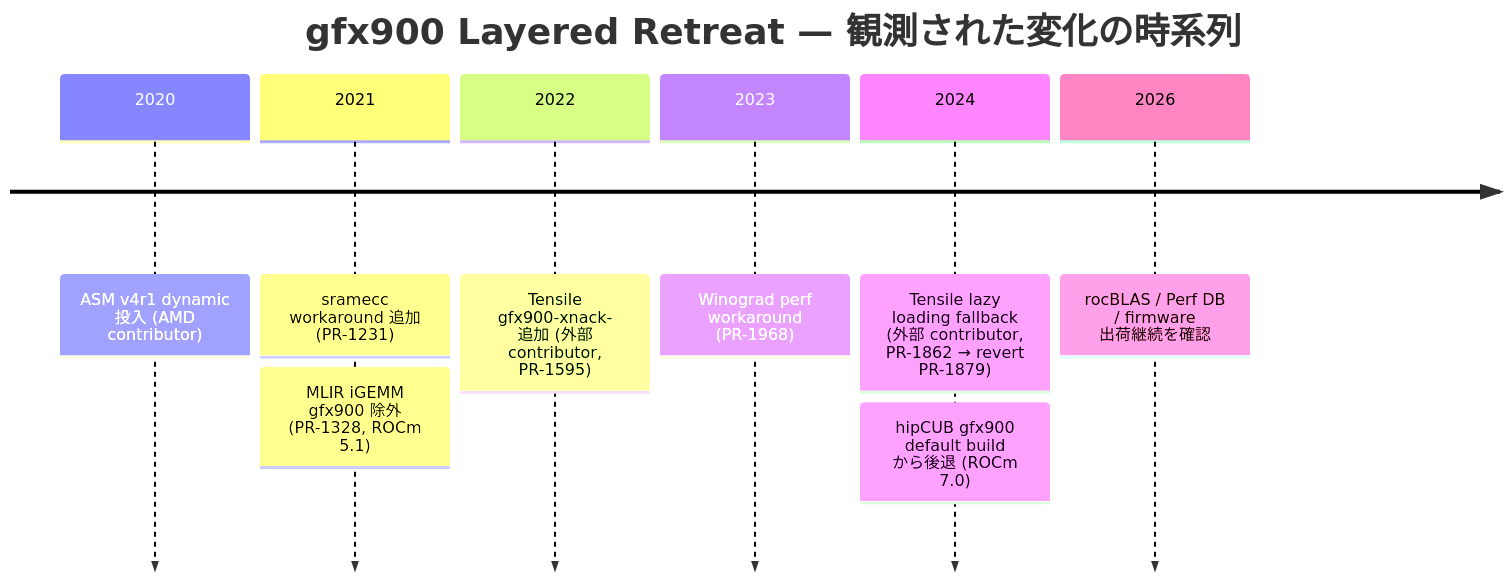
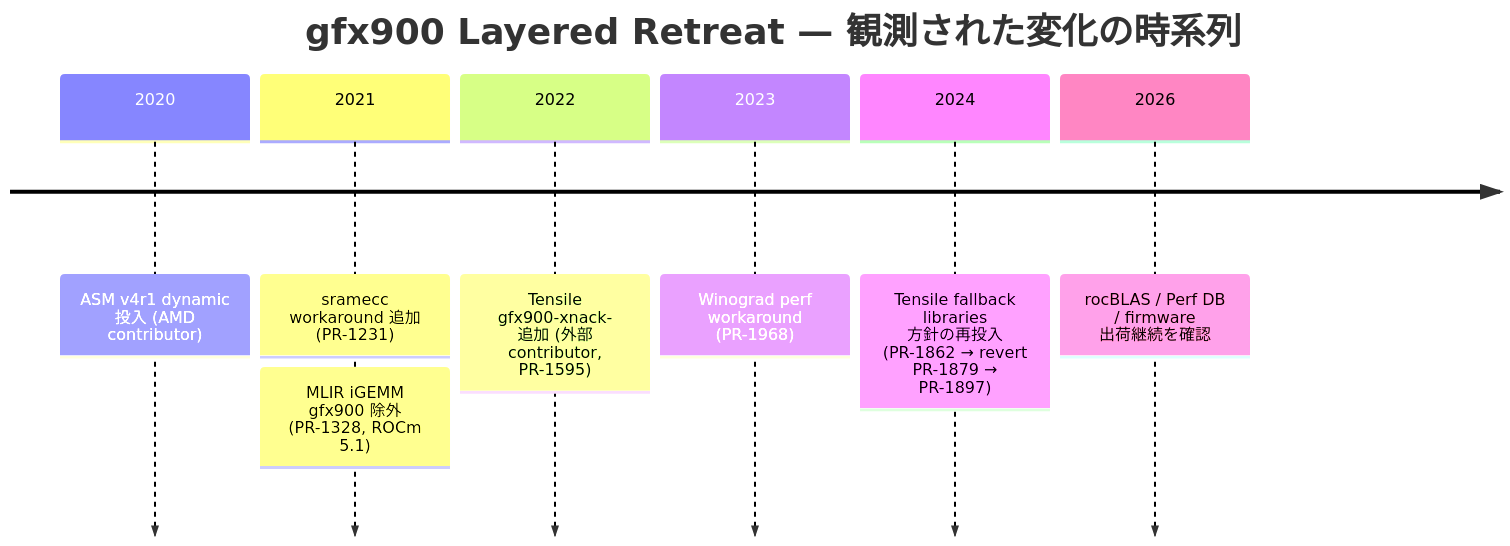
The second of 2 diagrams in final_hypothesis.md (AETS-MAGI/ROCm-vega), drawn with Mermaid before and after one commit. The commit also changed other lines of this file and 10 other files, not shown here.

````diff
--- a/final_hypothesis.md
+++ b/final_hypothesis.md
@@ -131,12 +144,11 @@
 ```mermaid
 timeline
     title gfx900 Layered Retreat — 観測された変化の時系列
     2020 : ASM v4r1 dynamic 投入 (AMD contributor)
     2021 : sramecc workaround 追加 (PR-1231)
          : MLIR iGEMM gfx900 除外 (PR-1328, ROCm 5.1)
     2022 : Tensile gfx900-xnack- 追加 (外部 contributor, PR-1595)
     2023 : Winograd perf workaround (PR-1968)
-    2024 : Tensile lazy loading fallback (外部 contributor, PR-1862 → revert PR-1879)
-         : hipCUB gfx900 default build から後退 (ROCm 7.0)
+    2024 : Tensile fallback libraries 方針の再投入 (PR-1862 → revert PR-1879 → PR-1897)
     2026 : rocBLAS / Perf DB / firmware 出荷継続を確認
 ```
````
